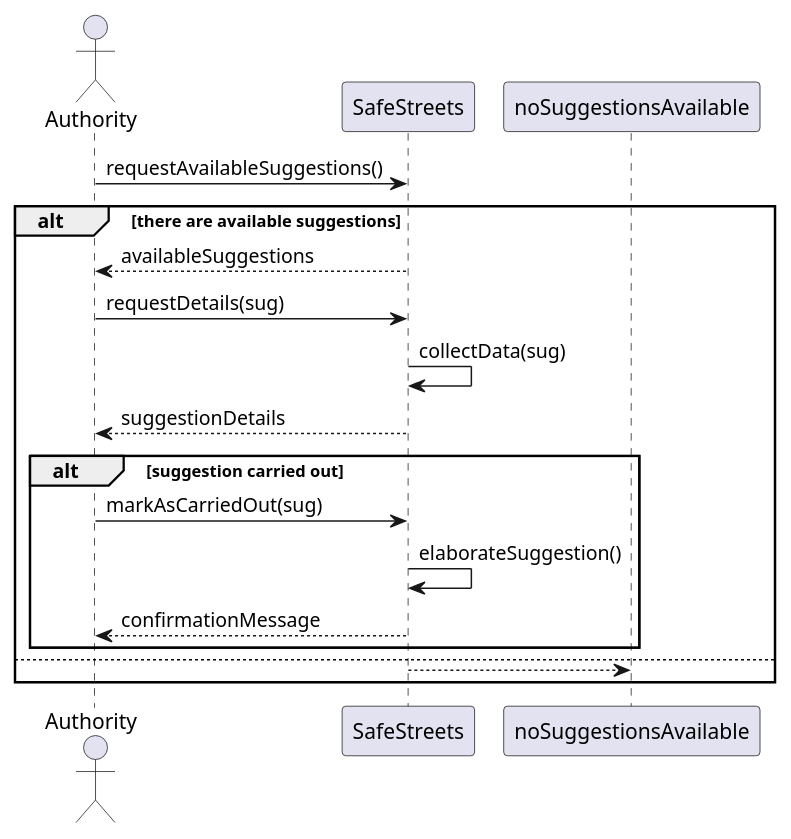
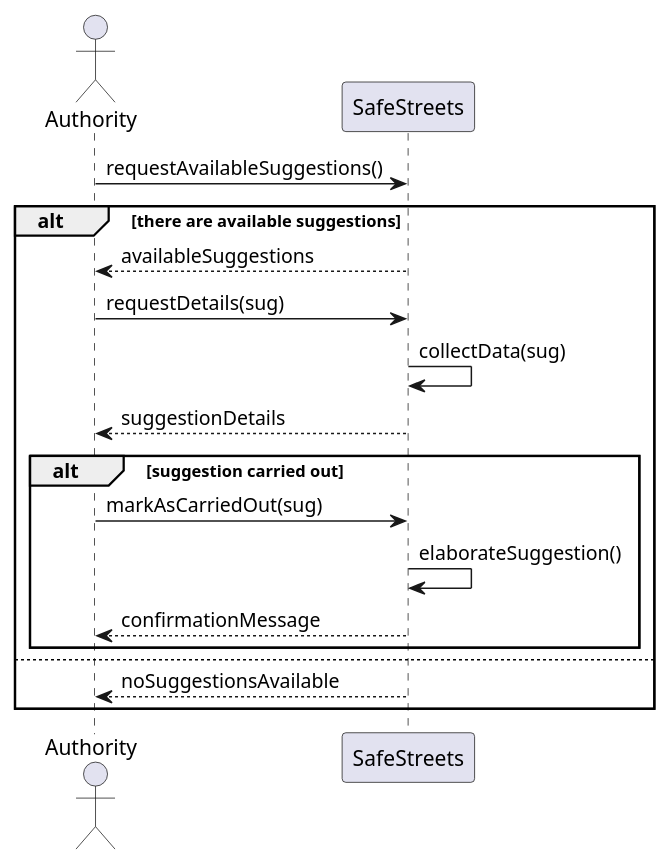
The diagram in diagrams/rasd_sequence_diagram_uc_2_3.wsd (fuljo/FulginiDiCesare-SE2), drawn with PlantUML before and after one commit.

```diff
--- a/diagrams/rasd_sequence_diagram_uc_2_3.wsd
+++ b/diagrams/rasd_sequence_diagram_uc_2_3.wsd
@@ -1,23 +1,23 @@
 @startuml rasd_sequence_diagram_uc_2_3
 skinparam Shadowing false
 
 actor Authority as A
 participant SafeStreets as SS
 
 A -> SS : requestAvailableSuggestions()
 alt there are available suggestions
 SS --> A : availableSuggestions
 A -> SS : requestDetails(sug)
 SS -> SS : collectData(sug)
 SS --> A : suggestionDetails
 alt suggestion carried out 
 A -> SS : markAsCarriedOut(sug)
 SS -> SS : elaborateSuggestion()
 SS --> A : confirmationMessage
 end
 else
-SS --> noSuggestionsAvailable
+SS --> A : noSuggestionsAvailable
 end
 
 
 @enduml
```
